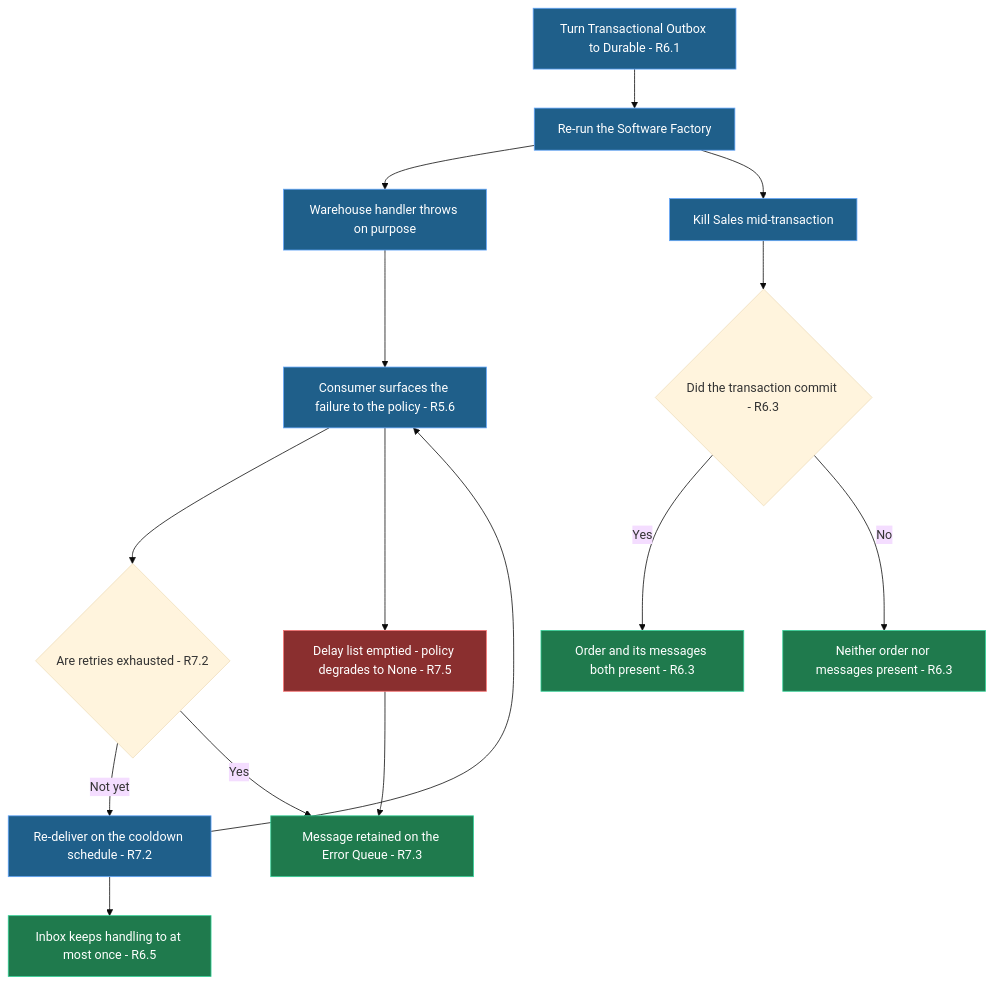
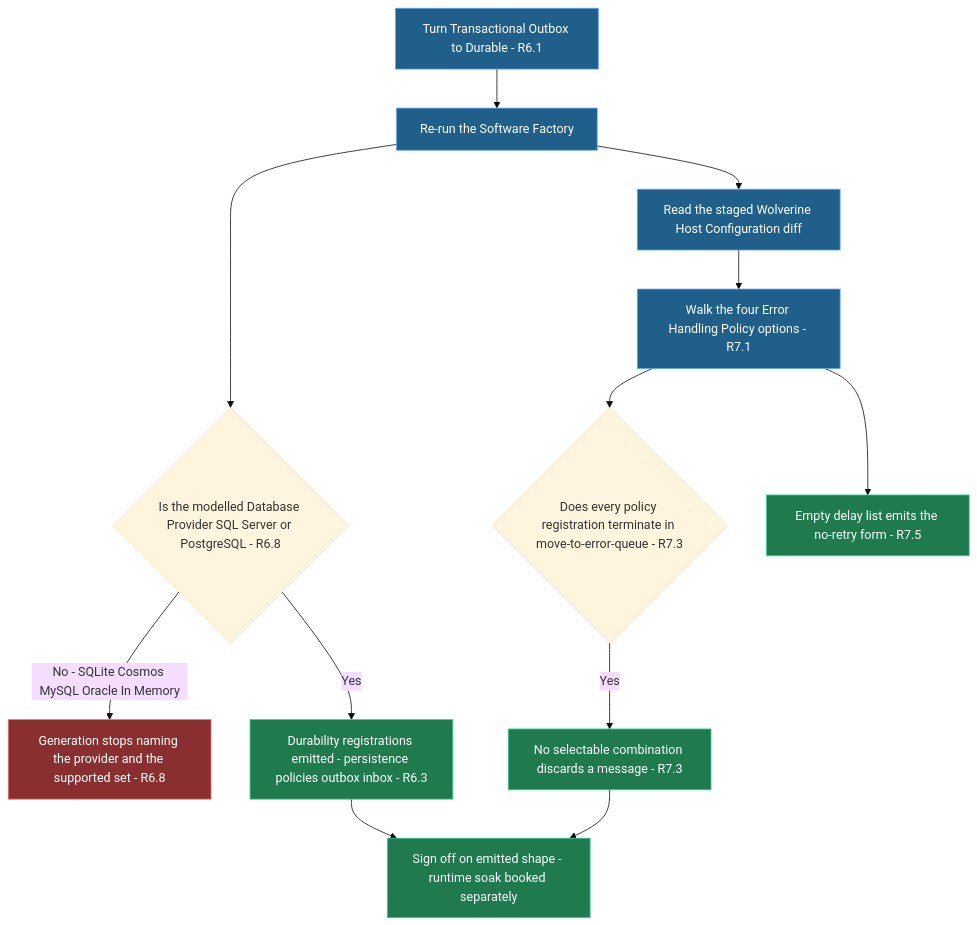
Before and after one commit to IntentArchitect/Intent.Modules.NET: the fifth of 6 diagrams in intent/.specs/wolverine-eventing-module/requirements.mdx, drawn with Mermaid (base theme). The commit also changed other lines of this file and 6 other files, not shown here.

````diff
--- a/intent/.specs/wolverine-eventing-module/requirements.mdx
+++ b/intent/.specs/wolverine-eventing-module/requirements.mdx
@@ -132,20 +151,17 @@
 ```mermaid
 flowchart TD
   classDef action fill:#1f5f8a,stroke:#60a5fa,color:#ffffff
   classDef win fill:#1f7a4d,stroke:#34d399,color:#ffffff
   classDef bad fill:#8a2f2f,stroke:#f87171,color:#ffffff
   A[Turn Transactional Outbox to Durable - R6.1]:::action --> B[Re-run the Software Factory]:::action
-  B --> C[Warehouse handler throws on purpose]:::action
-  C --> D[Consumer surfaces the failure to the policy - R5.6]:::action
-  D --> E{Are retries exhausted - R7.2}
-  E -->|Not yet| F[Re-deliver on the cooldown schedule - R7.2]:::action
-  F --> D
-  E -->|Yes| G[Message retained on the Error Queue - R7.3]:::win
-  B --> H[Kill Sales mid-transaction]:::action
-  H --> I{Did the transaction commit - R6.3}
-  I -->|Yes| J[Order and its messages both present - R6.3]:::win
-  I -->|No| K[Neither order nor messages present - R6.3]:::win
-  F --> L[Inbox keeps handling to at most once - R6.5]:::win
-  D --> M[Delay list emptied - policy degrades to None - R7.5]:::bad
-  M --> G
+  B --> C{Is the modelled Database Provider SQL Server or PostgreSQL - R6.8}
+  C -->|No - SQLite Cosmos MySQL Oracle In Memory| D[Generation stops naming the provider and the supported set - R6.8]:::bad
+  C -->|Yes| E[Durability registrations emitted - persistence policies outbox inbox - R6.3]:::win
+  B --> F[Read the staged Wolverine Host Configuration diff]:::action
+  F --> G[Walk the four Error Handling Policy options - R7.1]:::action
+  G --> H{Does every policy registration terminate in move-to-error-queue - R7.3}
+  H -->|Yes| I[No selectable combination discards a message - R7.3]:::win
+  G --> J[Empty delay list emits the no-retry form - R7.5]:::win
+  E --> K[Sign off on emitted shape - runtime soak booked separately]:::win
+  I --> K
 ```
````
